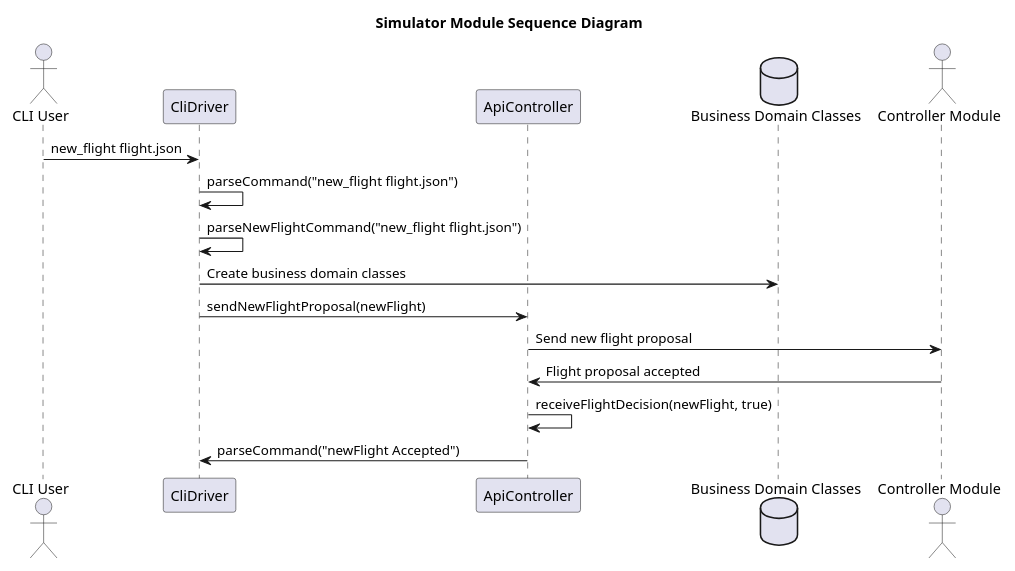
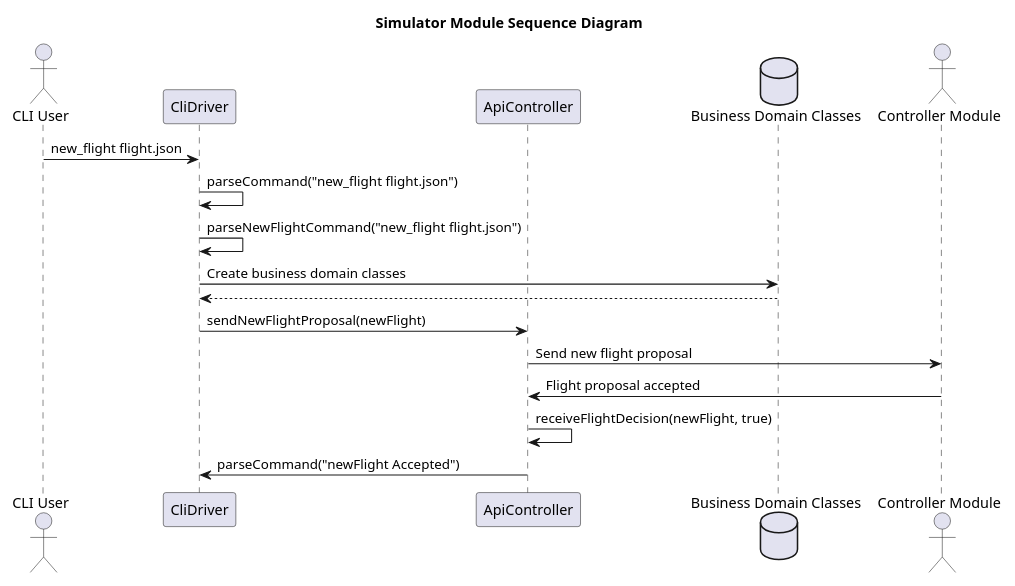
Diagram 17 of 17 in cscie97/asn5/design.md (erikorlowski/cscie97), drawn with PlantUML before and after one commit.

Commit message:
Update to simulator sequence diagram.

````diff
--- a/cscie97/asn5/design.md
+++ b/cscie97/asn5/design.md
@@ -3880,22 +3880,23 @@
 ```plantuml
 @startuml
 title Simulator Module Sequence Diagram
 scale max 800 width
 
 actor "CLI User" as user
 participant "CliDriver" as cli
 participant "ApiController" as api
 database "Business Domain Classes" as cls
 actor "Controller Module" as ctrl
 
 user -> cli : new_flight flight.json
 cli -> cli : parseCommand("new_flight flight.json")
 cli -> cli : parseNewFlightCommand("new_flight flight.json")
 cli -> cls : Create business domain classes
+cls --> cli
 cli -> api : sendNewFlightProposal(newFlight)
 api -> ctrl : Send new flight proposal
 ctrl -> api : Flight proposal accepted
 api -> api : receiveFlightDecision(newFlight, true)
 api -> cli : parseCommand("newFlight Accepted")
 @enduml
 ```
````
